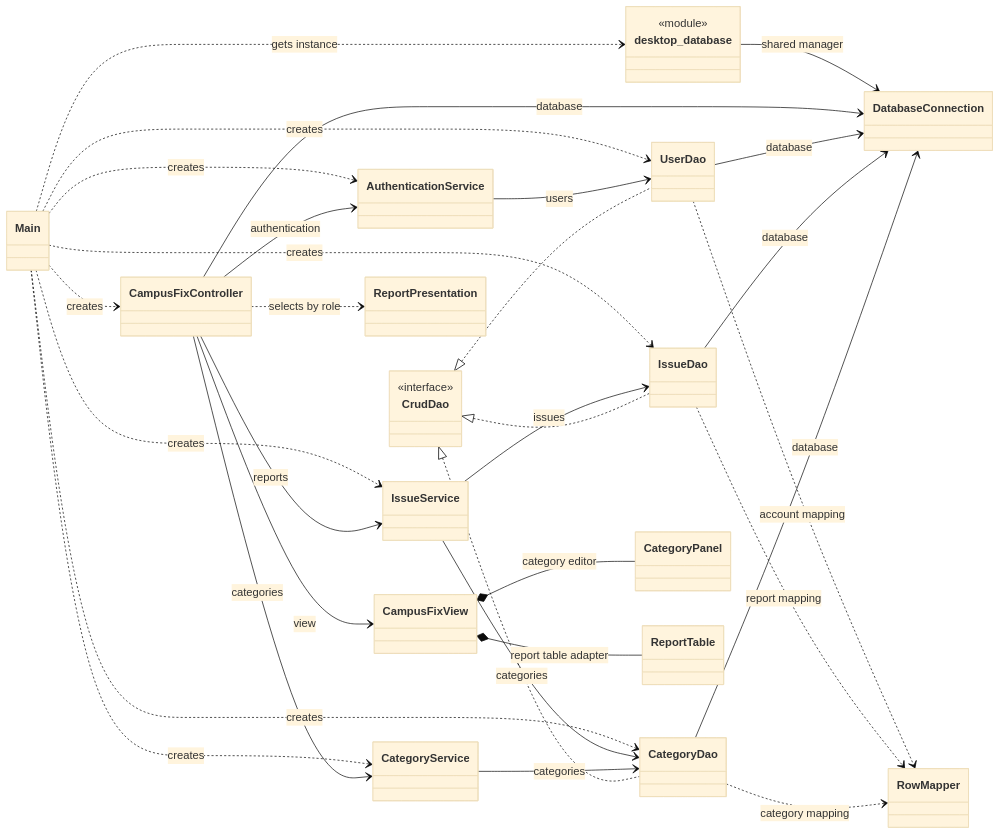
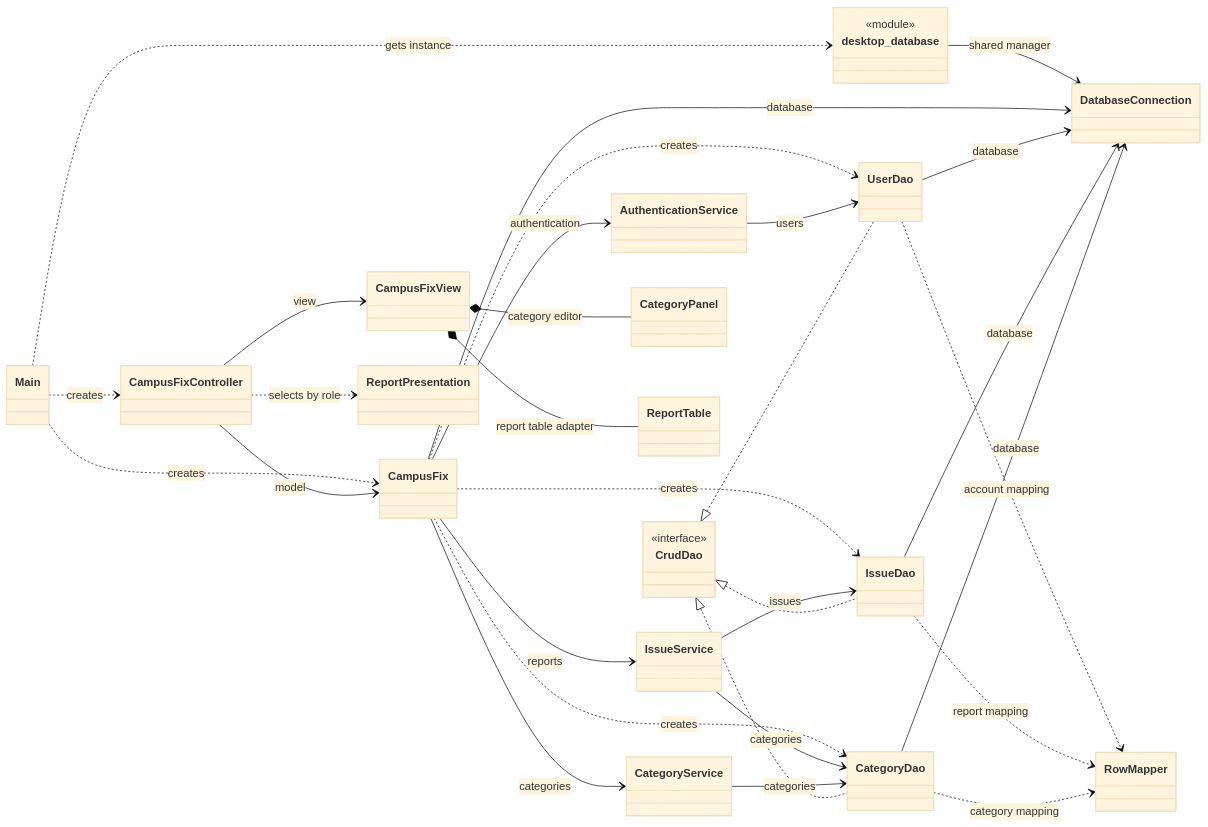
The diagram in docs/python-desktop.md (dfernq/inso-2026-2027-campus-fix), drawn with Mermaid (base theme) before and after one commit. The commit also changed other lines of this file and 4 other files, not shown here.

````diff
--- a/docs/python-desktop.md
+++ b/docs/python-desktop.md
@@ -168,40 +184,39 @@
 ```mermaid
 classDiagram
     direction LR
     class CrudDao {
         <<interface>>
     }
     class desktop_database {
         <<module>>
     }
     Main ..> CampusFixController : creates
     Main ..> desktop_database : gets instance
     desktop_database --> DatabaseConnection : shared manager
-    Main ..> AuthenticationService : creates
-    Main ..> UserDao : creates
-    Main ..> IssueService : creates
-    Main ..> IssueDao : creates
-    Main ..> CategoryService : creates
-    Main ..> CategoryDao : creates
+    Main ..> CampusFix : creates
     CampusFixController --> CampusFixView : view
     CampusFixController ..> ReportPresentation : selects by role
-    CampusFixController --> DatabaseConnection : database
-    CampusFixController --> AuthenticationService : authentication
-    CampusFixController --> IssueService : reports
-    CampusFixController --> CategoryService : categories
+    CampusFixController --> CampusFix : model
+    CampusFix --> DatabaseConnection : database
+    CampusFix --> AuthenticationService : authentication
+    CampusFix --> IssueService : reports
+    CampusFix --> CategoryService : categories
+    CampusFix ..> UserDao : creates
+    CampusFix ..> IssueDao : creates
+    CampusFix ..> CategoryDao : creates
     CampusFixView *-- CategoryPanel : category editor
     CampusFixView *-- ReportTable : report table adapter
     AuthenticationService --> UserDao : users
     IssueService --> IssueDao : issues
     IssueService --> CategoryDao : categories
     CategoryService --> CategoryDao : categories
     UserDao --> DatabaseConnection : database
     IssueDao --> DatabaseConnection : database
     CategoryDao --> DatabaseConnection : database
     UserDao ..> RowMapper : account mapping
     IssueDao ..> RowMapper : report mapping
     CategoryDao ..> RowMapper : category mapping
     CrudDao <|.. UserDao
     CrudDao <|.. IssueDao
     CrudDao <|.. CategoryDao
 ```
````
